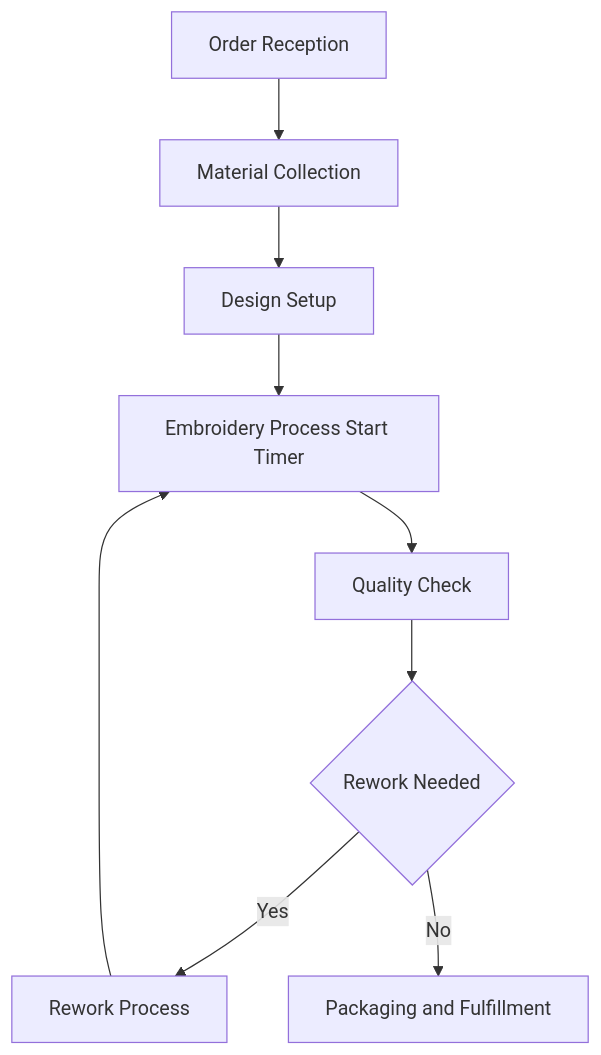
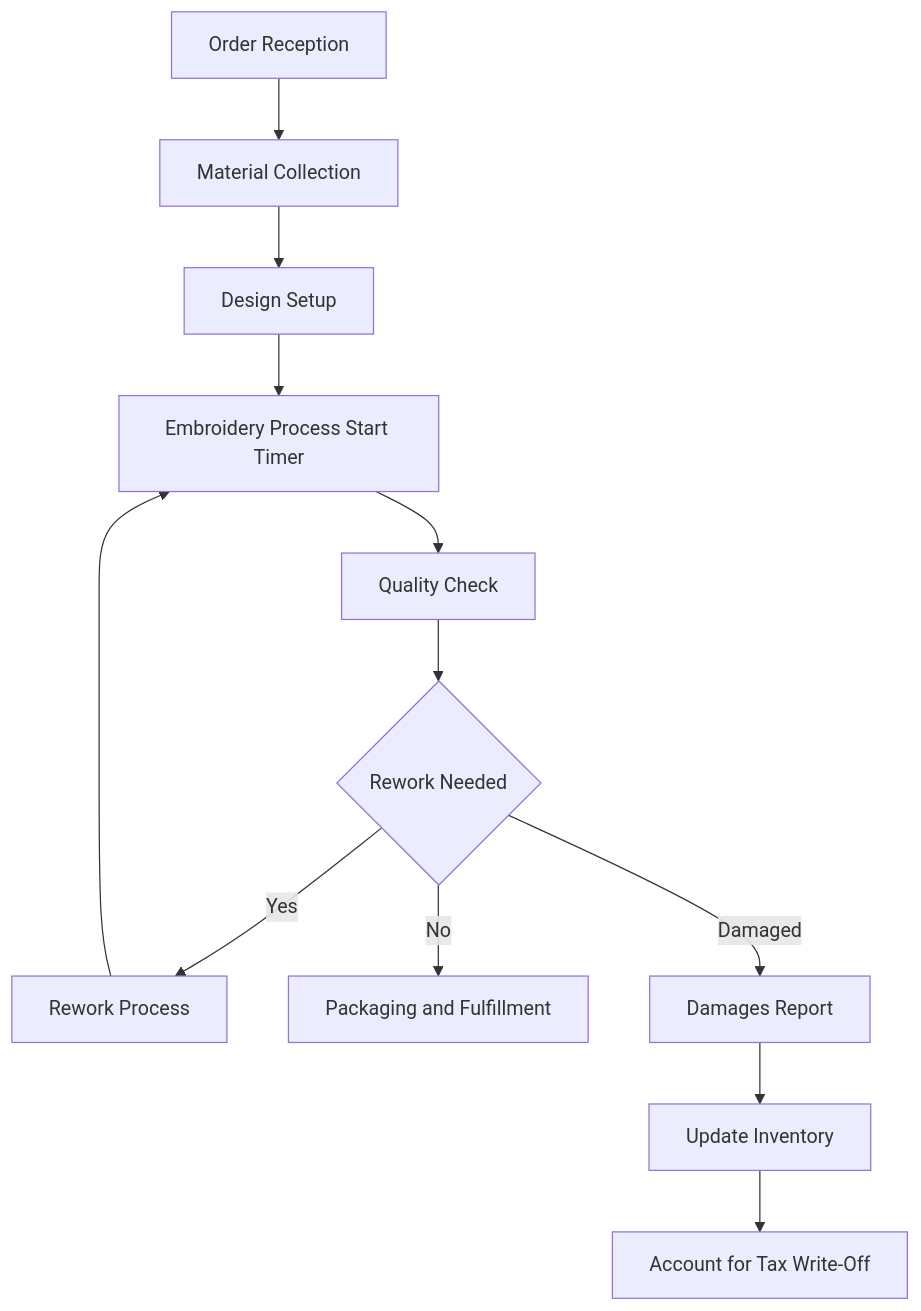
One commit to TyGrim13/4WinnerFlows changed the seventh of 10 diagrams in README.md. Above: the diagram before and after it, drawn with Mermaid. The commit also changed other lines of this file, not shown here.

````diff
--- a/README.md
+++ b/README.md
@@ -274,23 +355,30 @@
 ```mermaid
 flowchart TD
     F1[Order Reception]
     F2[Material Collection]
     F3[Design Setup]
     F4[Embroidery Process Start Timer]
     F5[Quality Check]
     F5a{Rework Needed}
     F5b[Rework Process]
     F6[Packaging and Fulfillment]
+    F7[Damages Report]
+    F8[Update Inventory]
+    F9[Account for Tax Write-Off]
 
     F1 --> F2
     F2 --> F3
     F3 --> F4
     F4 --> F5
     F5 --> F5a
     F5a -->|Yes| F5b
     F5a -->|No| F6
+    F5a -->|Damaged| F7
+    F7 --> F8
+    F8 --> F9
     F5b --> F4
     F6
 
 
+
 ```
````
